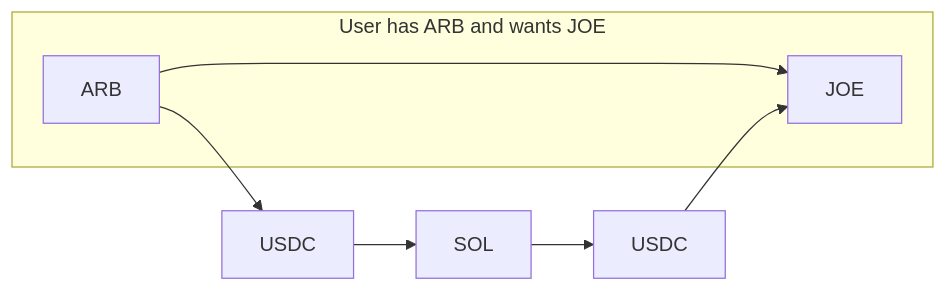
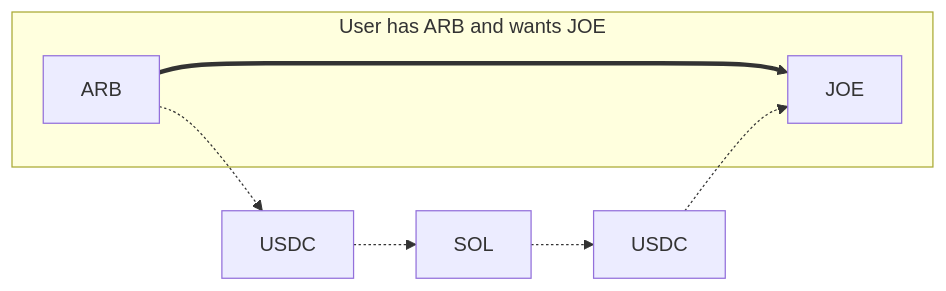
The second of 2 diagrams in products/settlement/overview.md (wormhole-foundation/wormhole-docs), drawn with Mermaid before and after one commit. The commit also changed other lines of this file, not shown here.

````diff
--- a/products/settlement/overview.md
+++ b/products/settlement/overview.md
@@ -74,12 +79,12 @@
 ```mermaid
 flowchart LR
 
     subgraph TOP [User has ARB and wants JOE]
-        ARB[ARB] --> JOE[JOE]
+        ARB[ARB] ==> JOE[JOE]
     end
 
-    ARB --> USDC1[USDC]
-    USDC1 --> SOL
-    SOL --> USDC2[USDC]
-    USDC2 --> JOE
+    ARB -.-> USDC1[USDC]
+    USDC1 -.-> SOL
+    SOL -.-> USDC2[USDC]
+    USDC2 -.-> JOE
 ```
````
